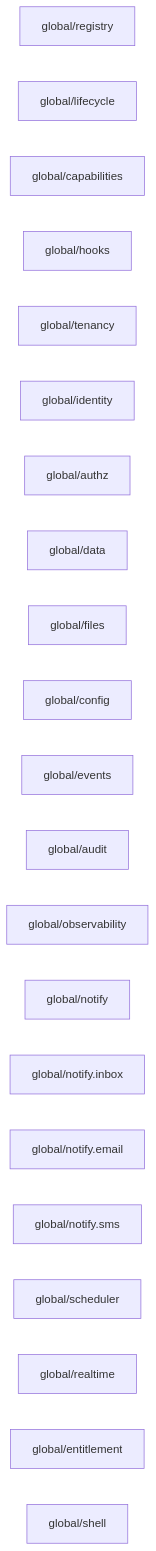
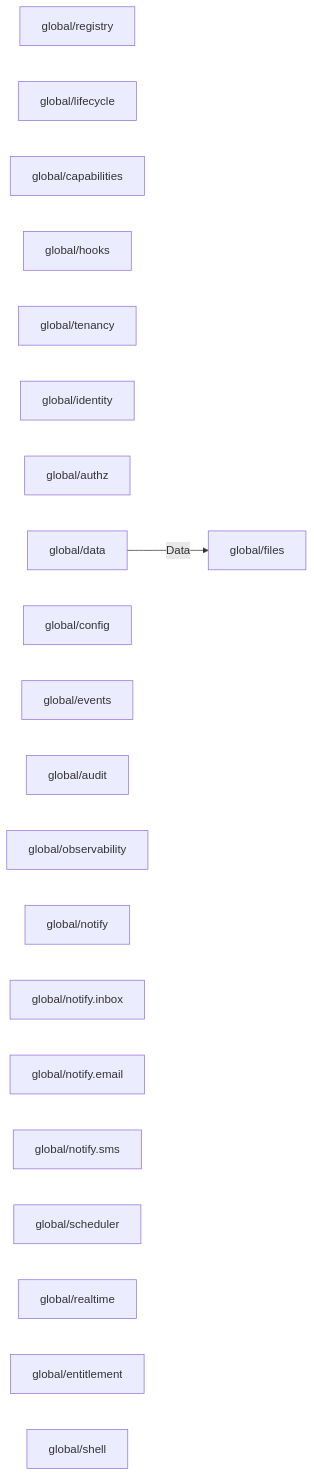
The diagram in docs/generated/module-graph.md (idadawn/qian), drawn with Mermaid before and after one commit. The commit also changed 2 other files, not shown here.

Commit message:
docs(generated): 按合并后的 main 重生成派生文档——qian.files 配置目录与 Data / Files seam [S1-FILE-001]

````diff
--- a/docs/generated/module-graph.md
+++ b/docs/generated/module-graph.md
@@ -33,24 +33,25 @@
 ```mermaid
 flowchart LR
   n0["global/registry"]
   n1["global/lifecycle"]
   n2["global/capabilities"]
   n3["global/hooks"]
   n4["global/tenancy"]
   n5["global/identity"]
   n6["global/authz"]
   n7["global/data"]
   n8["global/files"]
   n9["global/config"]
   n10["global/events"]
   n11["global/audit"]
   n12["global/observability"]
   n13["global/notify"]
   n14["global/notify.inbox"]
   n15["global/notify.email"]
   n16["global/notify.sms"]
   n17["global/scheduler"]
   n18["global/realtime"]
   n19["global/entitlement"]
   n20["global/shell"]
+  n7 -->|"Data"| n8
 ```
````
